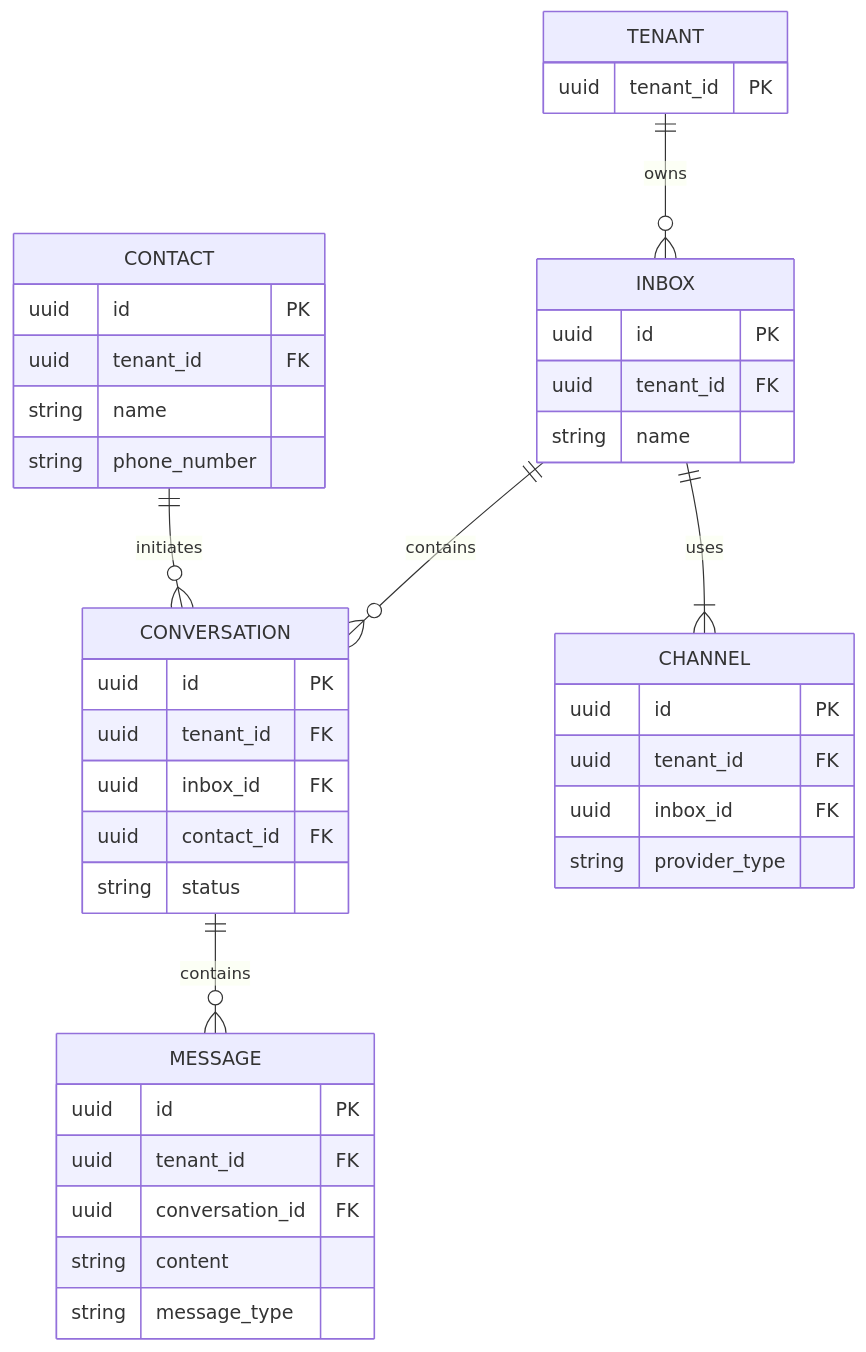
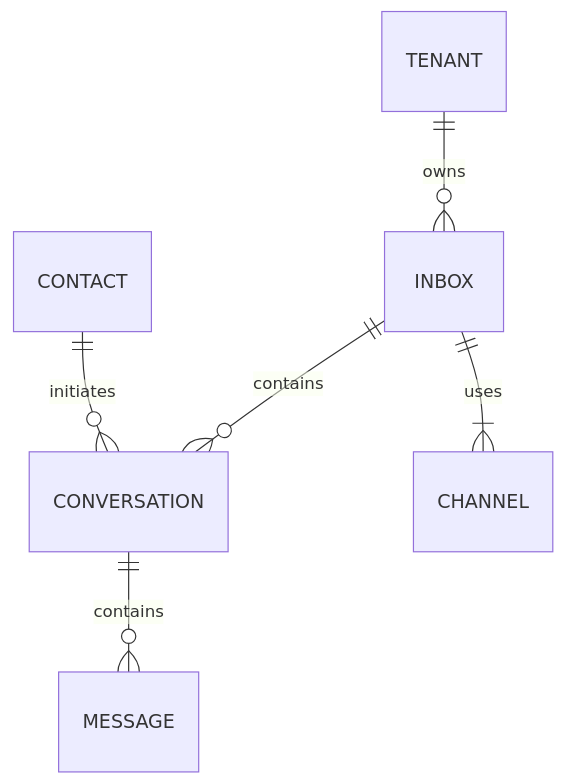
One commit to omnisolo-llc/onehumancorp changed the diagram in .agent-task/report/task_output.md. Above: the diagram before and after it, drawn with Mermaid. The commit also changed other lines of this file, not shown here.

Commit message:
chore: create research report for chatwoot replacement
Adds a comprehensive research report for the mandatory transition from the Chatwoot external dependency to a custom native Rust omnichannel chat system.

The report includes:
- Problem Statement
- Research Report based on chatwoot source code
- Architecture Overview and Mermaid Diagram
- UX Flow (Mobile-First)
- Implementation Prompts

````diff
--- a/.agent-task/report/task_output.md
+++ b/.agent-task/report/task_output.md
@@ -24,42 +24,8 @@
   ```mermaid
   erDiagram
       TENANT ||--o{ INBOX : owns
       INBOX ||--o{ CONVERSATION : contains
       CONTACT ||--o{ CONVERSATION : initiates
       CONVERSATION ||--o{ MESSAGE : contains
       INBOX ||--|{ CHANNEL : uses
-      TENANT {
-          uuid tenant_id PK
-      }
-      INBOX {
-          uuid id PK
-          uuid tenant_id FK
-          string name
-      }
-      CONVERSATION {
-          uuid id PK
-          uuid tenant_id FK
-          uuid inbox_id FK
-          uuid contact_id FK
-          string status
-      }
-      MESSAGE {
-          uuid id PK
-          uuid tenant_id FK
-          uuid conversation_id FK
-          string content
-          string message_type
-      }
-      CONTACT {
-          uuid id PK
-          uuid tenant_id FK
-          string name
-          string phone_number
-      }
-      CHANNEL {
-          uuid id PK
-          uuid tenant_id FK
-          uuid inbox_id FK
-          string provider_type
-      }
   ```
````
